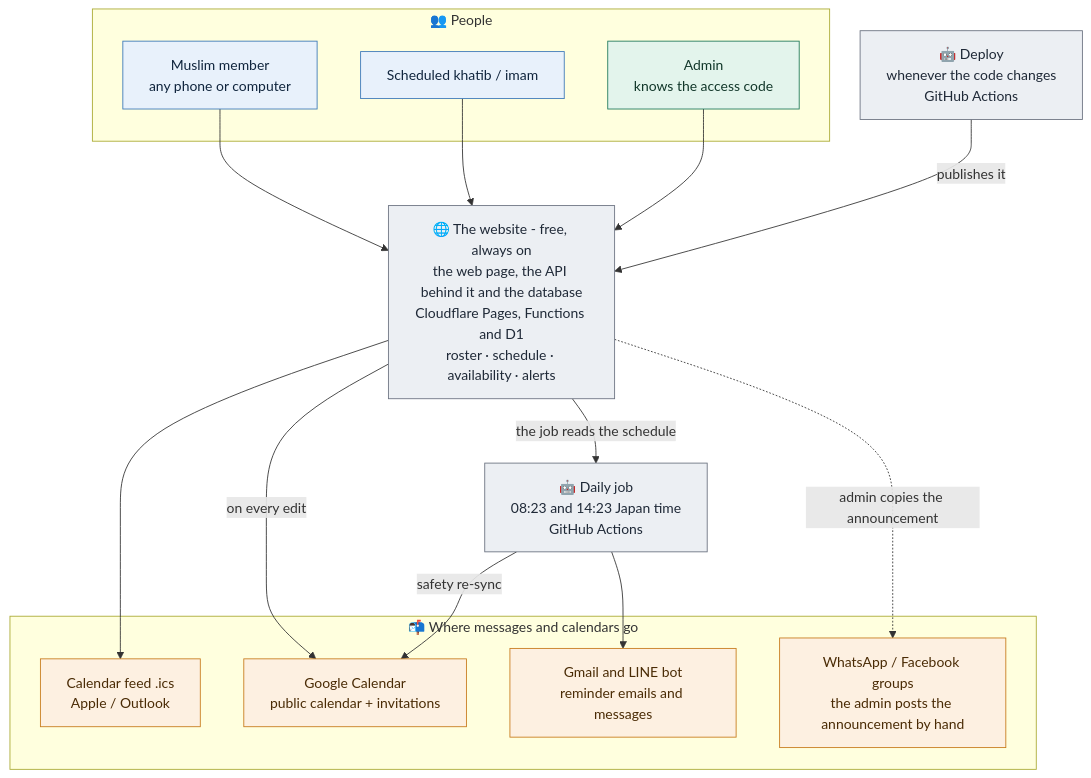
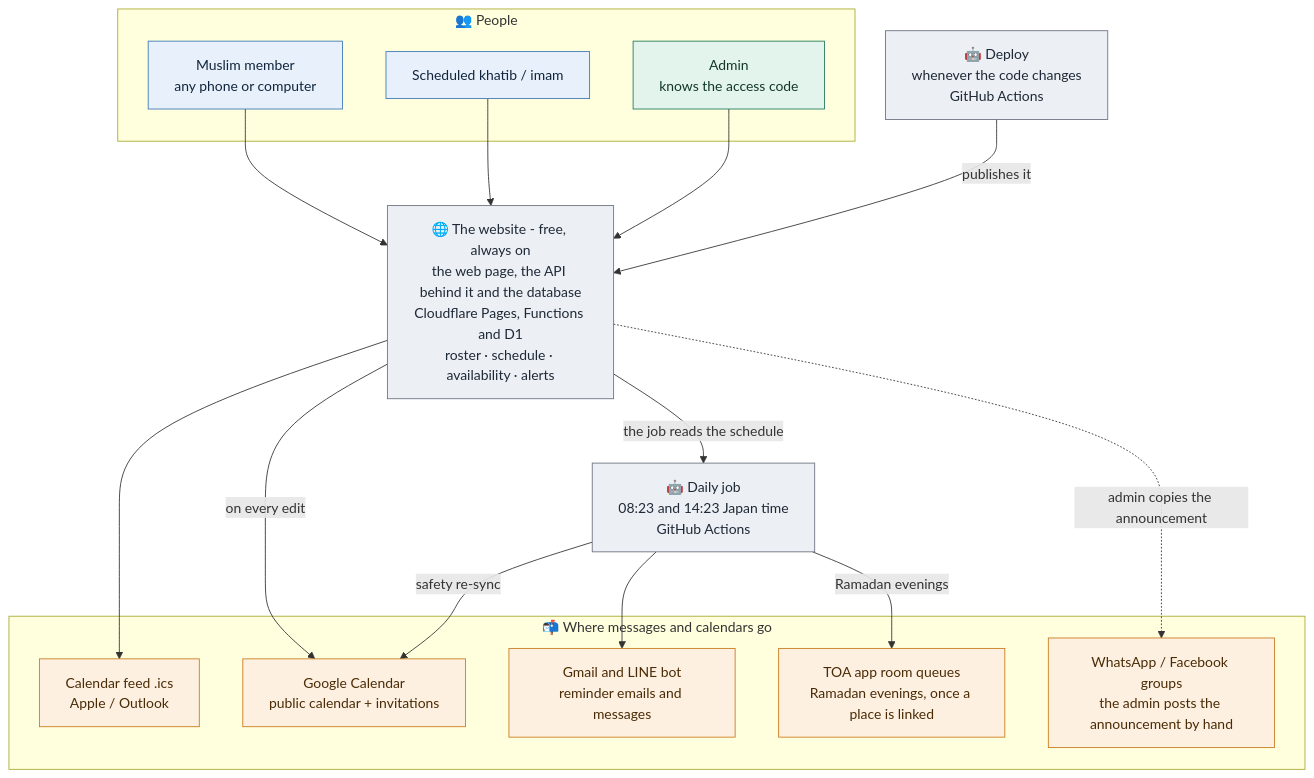
Before and after one commit to mushaffarasyidridha/Jumat-Scheduler-NAIST: the diagram in public/flows/overview.mmd, drawn with Mermaid. The commit also changed 20 other files, not shown here.

First line of the commit message:
TOA: add Ramadan evenings to linked TOA room queues

```diff
--- a/public/flows/overview.mmd
+++ b/public/flows/overview.mmd
@@ -1,37 +1,39 @@
 flowchart TD
   subgraph people["👥 People"]
     M["Muslim member<br/>any phone or computer"]
     S["Scheduled khatib / imam"]
     A["Admin<br/>knows the access code"]
   end
 
   DEP["🤖 Deploy<br/>whenever the code changes<br/>GitHub Actions"]
   SITE["🌐 The website - free, always on<br/>the web page, the API behind it and the database<br/>Cloudflare Pages, Functions and D1<br/>roster · schedule · availability · alerts"]
   JOB["🤖 Daily job<br/>08:23 and 14:23 Japan time<br/>GitHub Actions"]
 
   subgraph out["📬 Where messages and calendars go"]
     ICS["Calendar feed .ics<br/>Apple / Outlook"]
     GC["Google Calendar<br/>public calendar + invitations"]
     MSG["Gmail and LINE bot<br/>reminder emails and messages"]
+    TOA["TOA app room queues<br/>Ramadan evenings, once a place is linked"]
     WA["WhatsApp / Facebook groups<br/>the admin posts the announcement by hand"]
   end
 
   M --> SITE
   S --> SITE
   A --> SITE
   DEP -->|"publishes it"| SITE
   SITE -->|"the job reads the schedule"| JOB
   SITE --> ICS
   SITE -->|"on every edit"| GC
   SITE -.->|"admin copies the announcement"| WA
   JOB --> MSG
   JOB -->|"safety re-sync"| GC
+  JOB -->|"Ramadan evenings"| TOA
 
   classDef member fill:#e8f1fb,stroke:#3b78b8,color:#10253d
   classDef admin fill:#e3f4ec,stroke:#1f7a5c,color:#12372a
   classDef robot fill:#eceff3,stroke:#6b7280,color:#1f2937
   classDef out fill:#fdf0e1,stroke:#c77b1c,color:#4a2b05
   class M,S member
   class A admin
   class SITE,DEP,JOB robot
-  class MSG,GC,ICS,WA out
+  class MSG,GC,ICS,WA,TOA out
```
